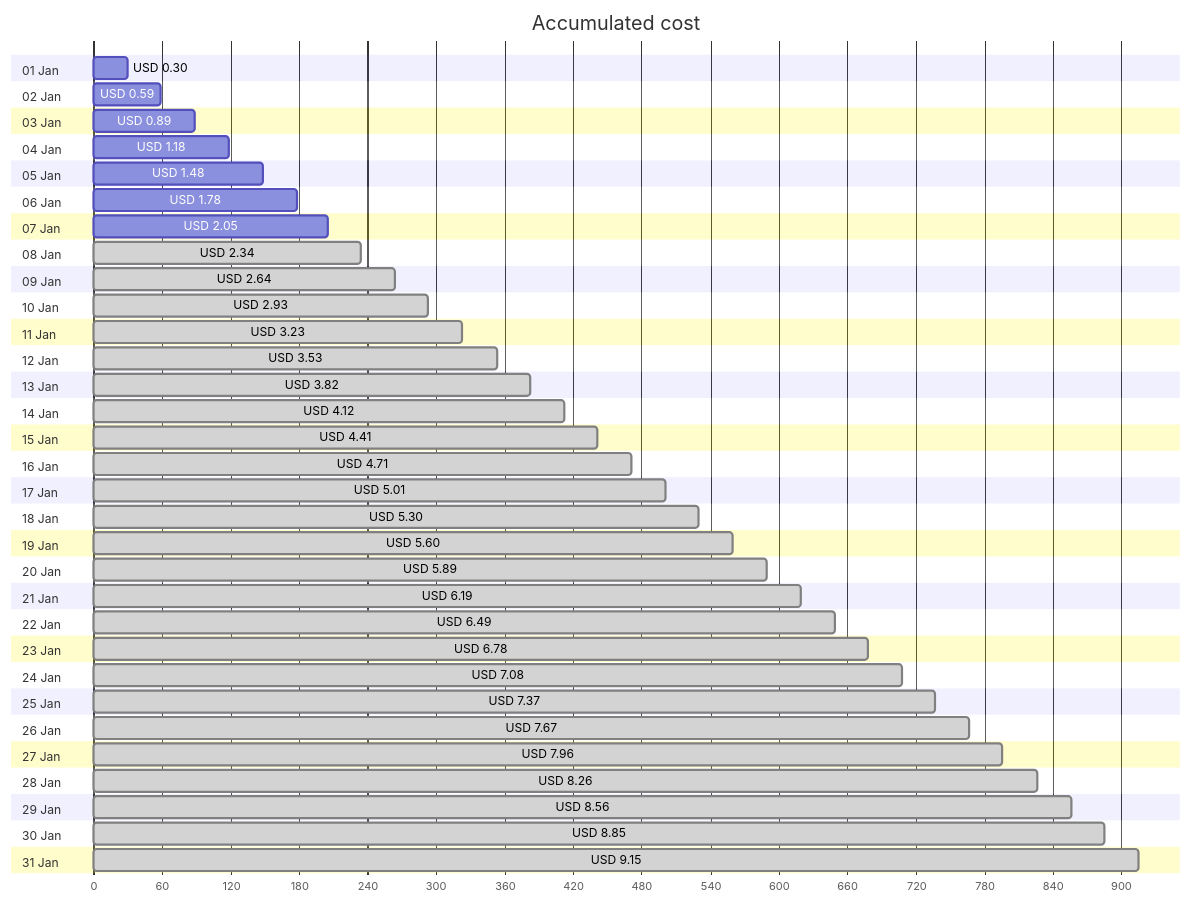
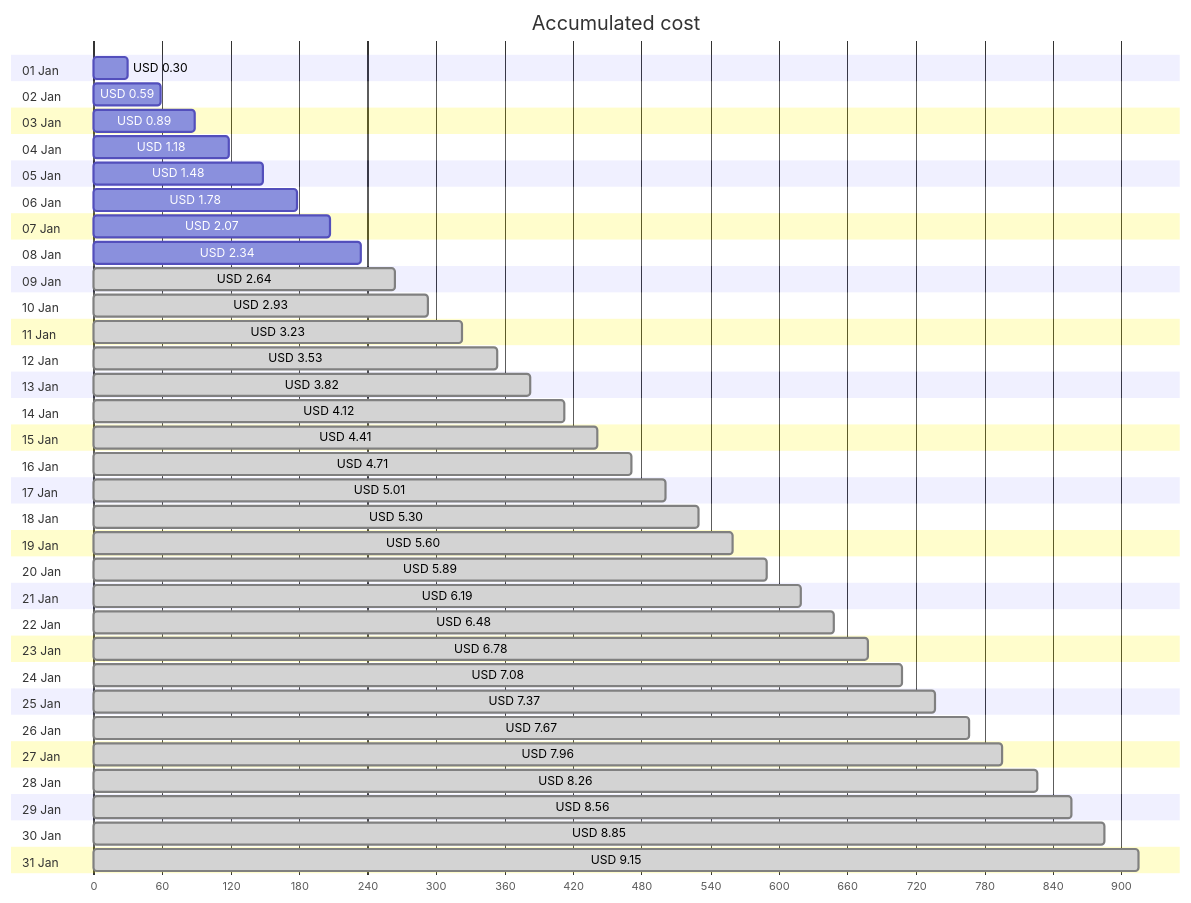
One commit to jpfulton/azure-personal-reports changed the first of 4 diagrams in cost-reports/personal-site/personal-site.md. Above: the diagram before and after it, drawn with Mermaid. The commit also changed other lines of this file and 6 other files, not shown here.

````diff
--- a/cost-reports/personal-site/personal-site.md
+++ b/cost-reports/personal-site/personal-site.md
@@ -20,68 +20,68 @@
 ```mermaid
 gantt
    title Accumulated cost
    dateFormat  X
    axisFormat %s
    section 01 Jan
    USD 0.30 :0, 30
    section 02 Jan
    USD 0.59 :0, 59
    section 03 Jan
    USD 0.89 :0, 89
    section 04 Jan
    USD 1.18 :0, 118
    section 05 Jan
    USD 1.48 :0, 148
    section 06 Jan
    USD 1.78 :0, 178
    section 07 Jan
-   USD 2.05 :0, 205
+   USD 2.07 :0, 207
    section 08 Jan
-   USD 2.34 : done, 0, 234
+   USD 2.34 :0, 234
    section 09 Jan
    USD 2.64 : done, 0, 264
    section 10 Jan
    USD 2.93 : done, 0, 293
    section 11 Jan
    USD 3.23 : done, 0, 323
    section 12 Jan
    USD 3.53 : done, 0, 353
    section 13 Jan
    USD 3.82 : done, 0, 382
    section 14 Jan
    USD 4.12 : done, 0, 412
    section 15 Jan
    USD 4.41 : done, 0, 441
    section 16 Jan
    USD 4.71 : done, 0, 471
    section 17 Jan
    USD 5.01 : done, 0, 501
    section 18 Jan
    USD 5.30 : done, 0, 530
    section 19 Jan
    USD 5.60 : done, 0, 560
    section 20 Jan
    USD 5.89 : done, 0, 589
    section 21 Jan
    USD 6.19 : done, 0, 619
    section 22 Jan
-   USD 6.49 : done, 0, 649
+   USD 6.48 : done, 0, 648
    section 23 Jan
    USD 6.78 : done, 0, 678
    section 24 Jan
    USD 7.08 : done, 0, 708
    section 25 Jan
    USD 7.37 : done, 0, 737
    section 26 Jan
    USD 7.67 : done, 0, 767
    section 27 Jan
    USD 7.96 : done, 0, 796
    section 28 Jan
    USD 8.26 : done, 0, 826
    section 29 Jan
    USD 8.56 : done, 0, 856
    section 30 Jan
    USD 8.85 : done, 0, 885
    section 31 Jan
    USD 9.15 : done, 0, 915
 ```
````
